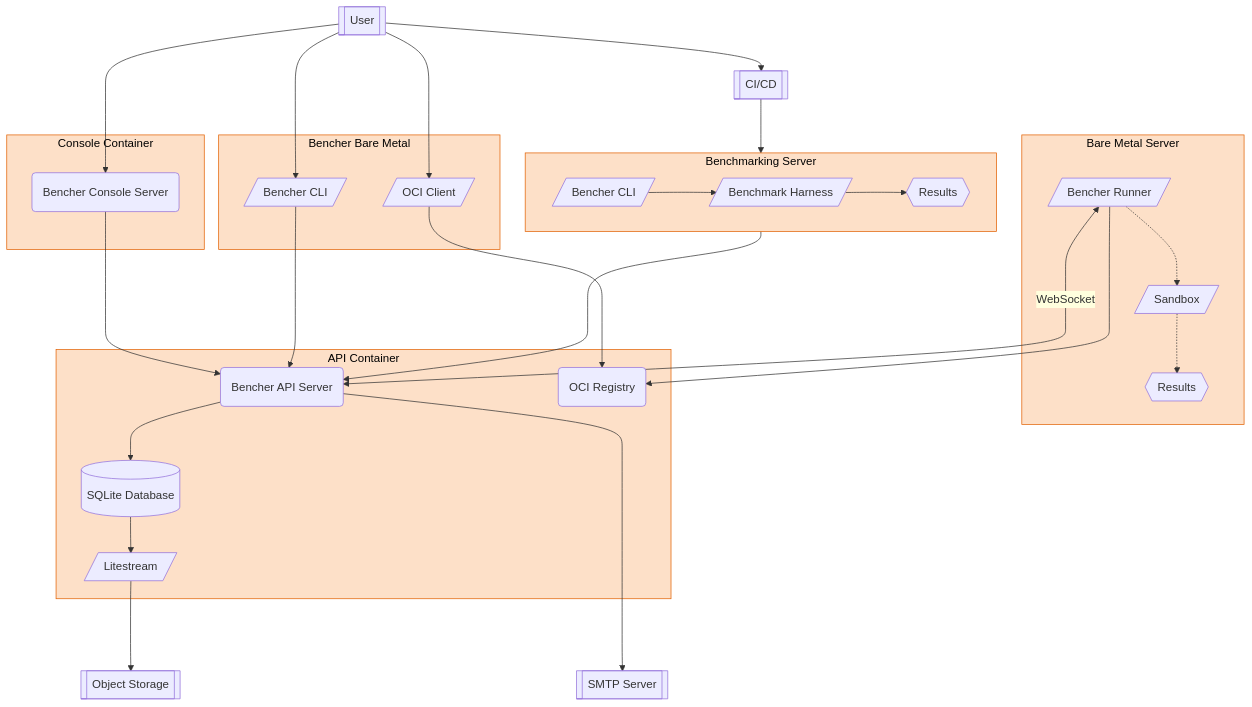
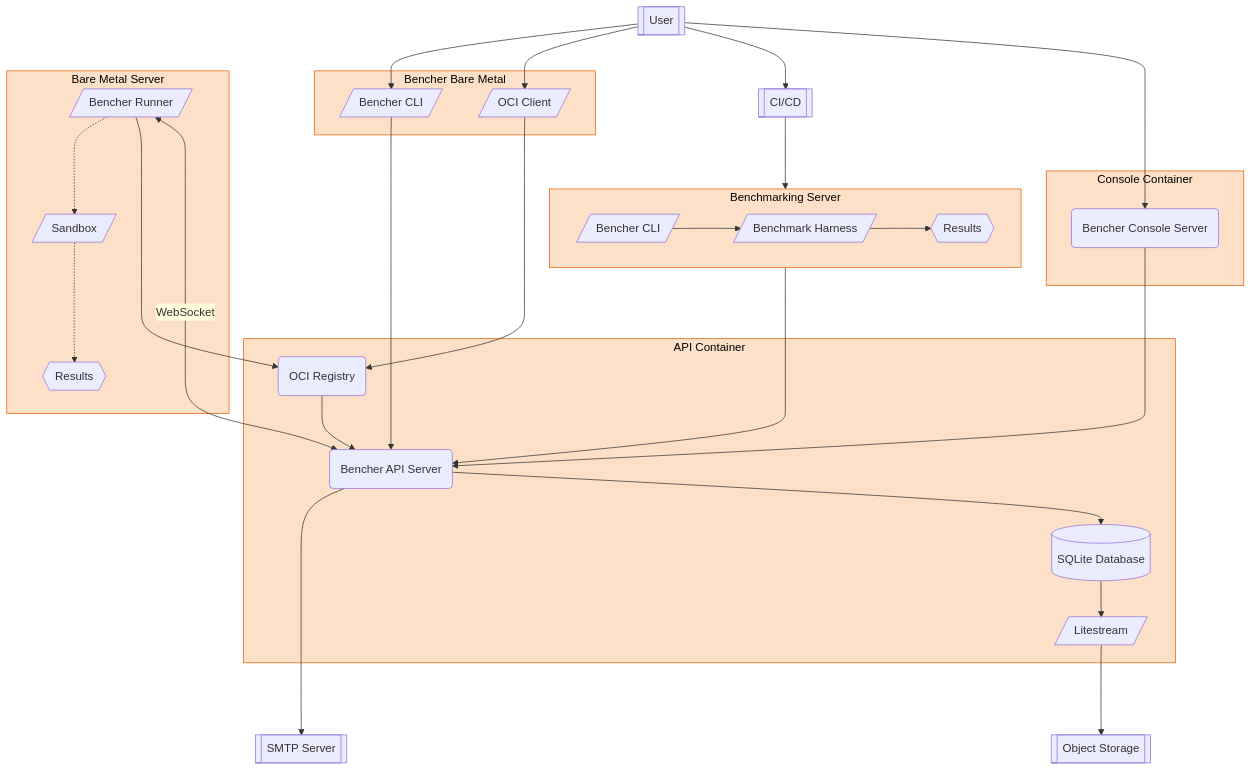
The diagram in services/console/diagrams/architecture.mmd (bencherdev/bencher), drawn with Mermaid before and after one commit.

```diff
--- a/services/console/diagrams/architecture.mmd
+++ b/services/console/diagrams/architecture.mmd
@@ -1,64 +1,65 @@
 %%{init: {'theme': 'base', 'themeVariables': {'primaryColor': '#ECECFF', 'primaryBorderColor': '#9370DB', 'primaryTextColor': '#333', 'lineColor': '#333333', 'secondaryColor': '#ffffde', 'tertiaryColor': '#fff', 'clusterBkg': '#fde0c8', 'clusterBorder': '#e26000'}}}%%
 graph TD
 
 User[[User]]
 Console(Bencher Console Server)
 Cli[/Bencher CLI/]
 Api(Bencher API Server)
 Db[(SQLite Database)]
 Litestream[/Litestream/]
 Storage[[Object Storage]]
 Smtp[[SMTP Server]]
 CiCd[[CI/CD]]
 BenchmarkHarness[/Benchmark Harness/]
 Runner[/Bencher Runner/]
 OciRegistry(OCI Registry)
 OciClient[/OCI Client/]
 BmCli[/Bencher CLI/]
 Sandbox[/Sandbox/]
 
 User --> Console
 User --> CiCd
 User --> OciClient
 User --> BmCli
 
 Console ---> Api
 subgraph Console Container
     Console
 end
 
 CiCd --> BenchmarkingServer
 BenchmarkingServer ---> Api
 subgraph BenchmarkingServer[Benchmarking Server]
     direction LR
     Cli --> BenchmarkHarness
     BenchmarkHarness --> Results{{Results}}
 end
 
 OciClient ---> OciRegistry
 BmCli ---> Api
 subgraph BencherBareMetal[Bencher Bare Metal]
     OciClient
     BmCli
 end
 
 Runner <--->|WebSocket| Api
 Runner ---> OciRegistry
 Runner -.-> Sandbox
 Sandbox -.-> RunnerResults{{Results}}
 subgraph BareMetalServer[Bare Metal Server]
     Runner
     Sandbox
     RunnerResults
 end
 
+OciRegistry --> Api
 Api --> Db
 Db --> Litestream
 Litestream ---> Storage
 Api -----> Smtp
 subgraph API Container
+    OciRegistry
     Api
     Db
     Litestream
-    OciRegistry
 end
```
